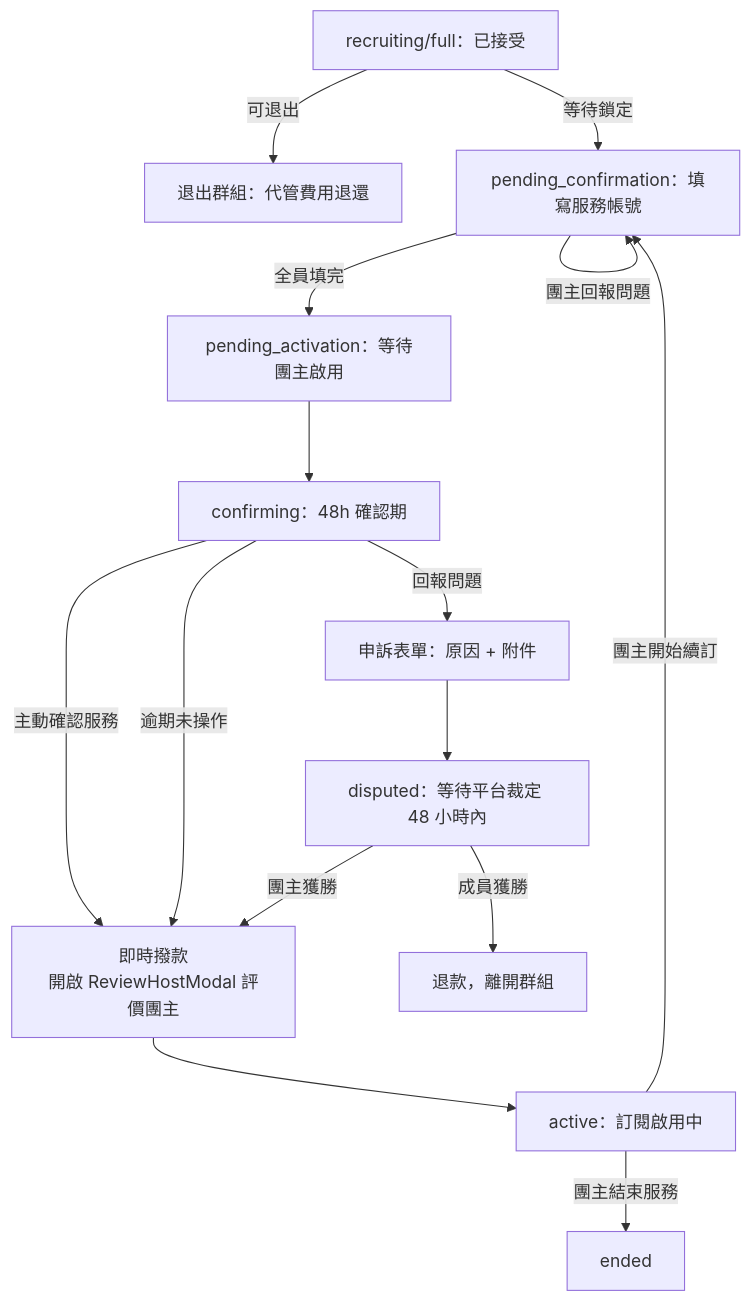
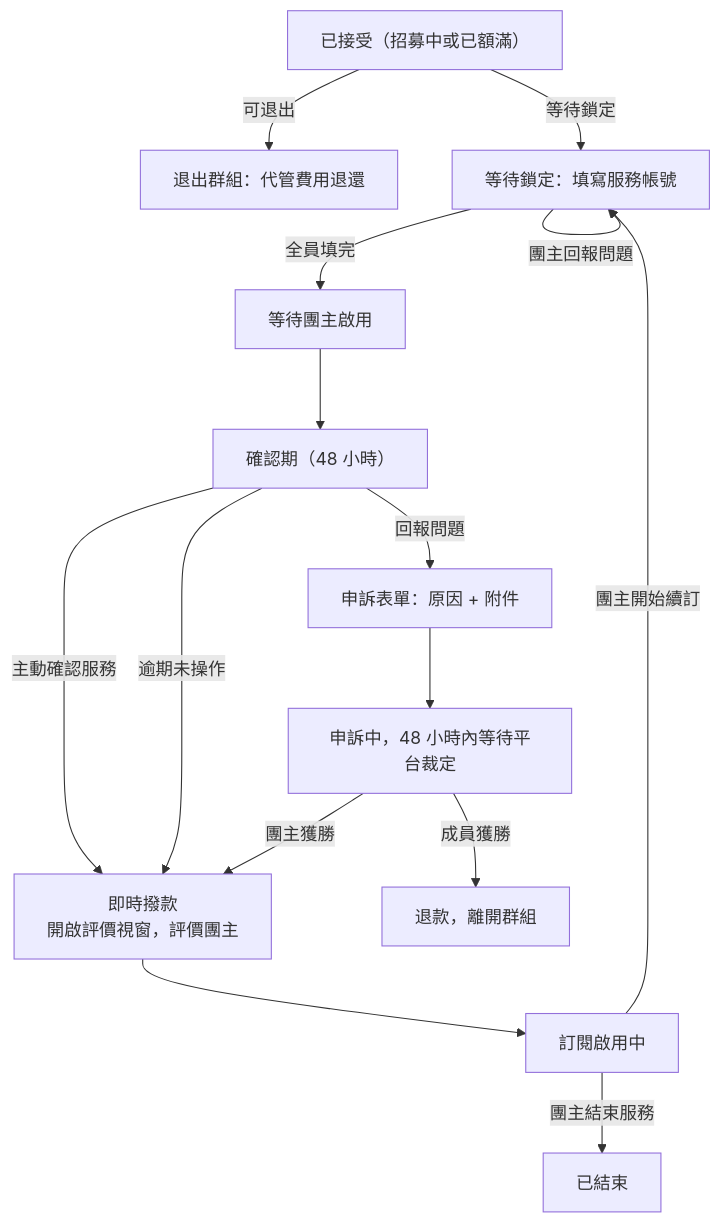
Before and after one commit to s1092055/PartyMatch: the diagram in docs/flows/subscriptions-flow.md, drawn with Mermaid. The commit also changed other lines of this file and 12 other files, not shown here.

First line of the commit message:
docs: 精簡 flows 文件敘述，拿掉變數/prop/class 名與英文直翻術語

````diff
--- a/docs/flows/subscriptions-flow.md
+++ b/docs/flows/subscriptions-flow.md
@@ -8,17 +8,17 @@
 ```mermaid
 flowchart TD
-    A[recruiting/full：已接受] -->|可退出| B[退出群組：代管費用退還]
-    A -->|等待鎖定| C[pending_confirmation：填寫服務帳號]
+    A[已接受（招募中或已額滿）] -->|可退出| B[退出群組：代管費用退還]
+    A -->|等待鎖定| C[等待鎖定：填寫服務帳號]
     C -->|團主回報問題| C
-    C -->|全員填完| D[pending_activation：等待團主啟用]
-    D --> E[confirming：48h 確認期]
-    E -->|主動確認服務| F[即時撥款\n開啟 ReviewHostModal 評價團主]
+    C -->|全員填完| D[等待團主啟用]
+    D --> E[確認期（48 小時）]
+    E -->|主動確認服務| F[即時撥款\n開啟評價視窗，評價團主]
     E -->|逾期未操作| F
     E -->|回報問題| G[申訴表單：原因 + 附件]
-    G --> H[disputed：等待平台裁定 48 小時內]
+    G --> H[申訴中，48 小時內等待平台裁定]
     H -->|成員獲勝| I[退款，離開群組]
     H -->|團主獲勝| F
-    F --> J[active：訂閱啟用中]
+    F --> J[訂閱啟用中]
     J -->|團主開始續訂| C
-    J -->|團主結束服務| K[ended]
+    J -->|團主結束服務| K[已結束]
 ```
````
